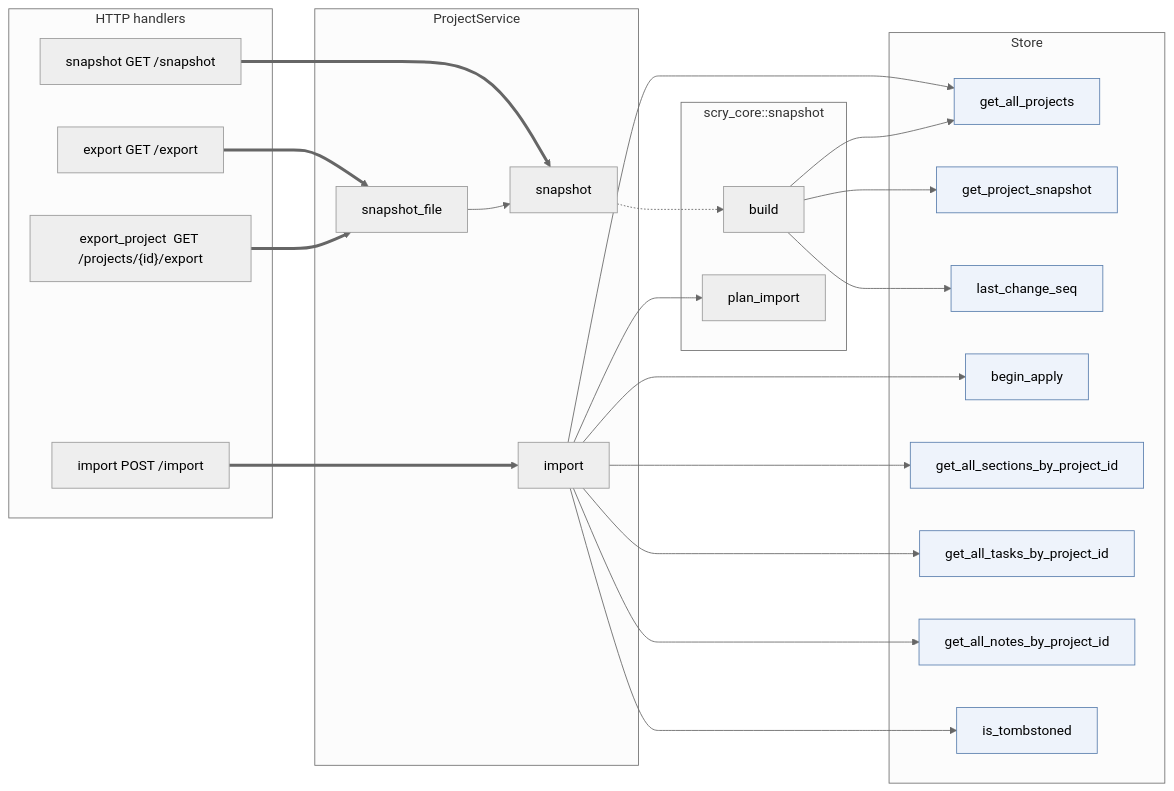
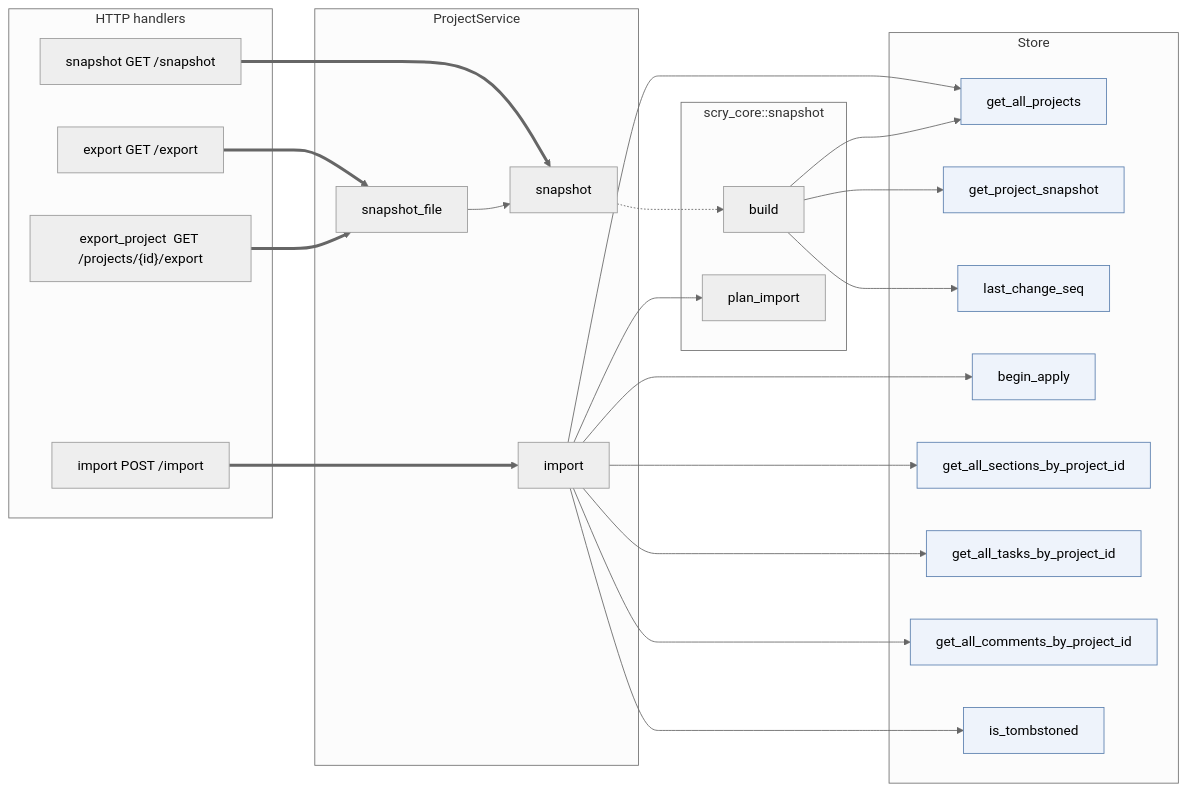
The sixth of 6 diagrams in docs/service-store-calls.md (paulwrubel/scry), drawn with Mermaid (neutral theme) before and after one commit. The commit also changed other lines of this file and 89 other files, not shown here.

First line of the commit message:
chore: rename task notes to comments (#241)

````diff
--- a/docs/service-store-calls.md
+++ b/docs/service-store-calls.md
@@ -418,52 +418,52 @@
 ```mermaid
 flowchart LR
   subgraph http["HTTP handlers"]
     h_snapshot["snapshot  GET /snapshot"]
     h_export["export  GET /export"]
     h_export_project["export_project  GET /projects/{id}/export"]
     h_import["import  POST /import"]
   end
 
   subgraph svc["ProjectService"]
     snapshot[snapshot]
     snapshot_file[snapshot_file]
     import[import]
   end
 
   subgraph snapshot_core["scry_core::snapshot"]
     bk_build[build]
     bk_plan_import[plan_import]
   end
 
   subgraph store["Store"]
     st_get_all_projects[get_all_projects]
     st_get_project_snapshot[get_project_snapshot]
     st_last_change_seq[last_change_seq]
     st_begin_apply[begin_apply]
     st_get_all_sections_by_project_id[get_all_sections_by_project_id]
     st_get_all_tasks_by_project_id[get_all_tasks_by_project_id]
-    st_get_all_notes_by_project_id[get_all_notes_by_project_id]
+    st_get_all_comments_by_project_id[get_all_comments_by_project_id]
     st_is_tombstoned[is_tombstoned]
   end
 
   h_snapshot ==> snapshot
   h_export ==> snapshot_file
   h_export_project ==> snapshot_file
   h_import ==> import
 
   snapshot_file --> snapshot
   snapshot -.-> bk_build
   import --> bk_plan_import
   import --> st_begin_apply
   import --> st_get_all_projects
   import --> st_get_all_sections_by_project_id
   import --> st_get_all_tasks_by_project_id
-  import --> st_get_all_notes_by_project_id
+  import --> st_get_all_comments_by_project_id
   import --> st_is_tombstoned
   bk_build --> st_last_change_seq
   bk_build --> st_get_all_projects
   bk_build --> st_get_project_snapshot
 
   classDef storeNode fill:#eef3fb,stroke:#5b7fae,stroke-width:1px
-  class st_get_all_projects,st_get_project_snapshot,st_last_change_seq,st_begin_apply,st_get_all_sections_by_project_id,st_get_all_tasks_by_project_id,st_get_all_notes_by_project_id,st_is_tombstoned storeNode
+  class st_get_all_projects,st_get_project_snapshot,st_last_change_seq,st_begin_apply,st_get_all_sections_by_project_id,st_get_all_tasks_by_project_id,st_get_all_comments_by_project_id,st_is_tombstoned storeNode
 ```
````
